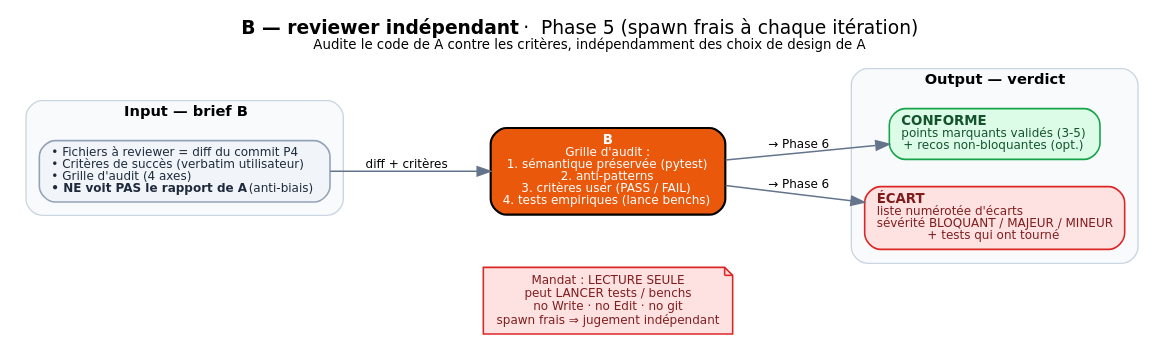
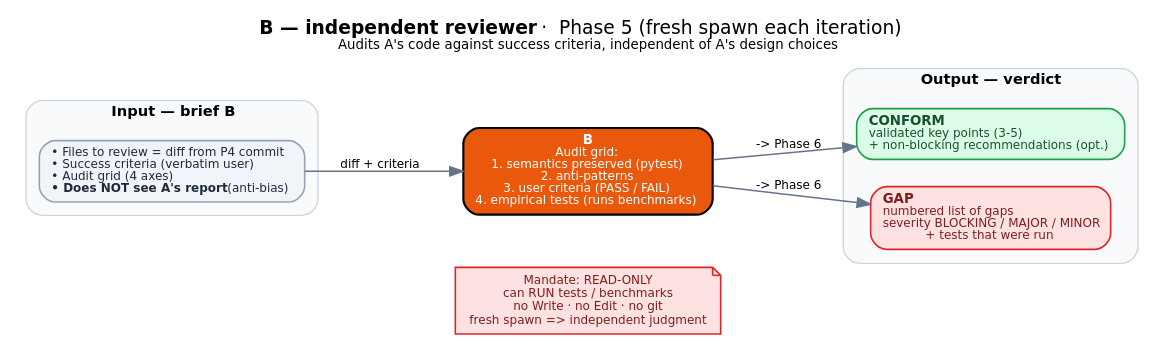
One commit to varma61923/commontrace-v2 changed the diagram in assets/agent_b.dot. Above: the diagram before and after it, drawn with Graphviz. The commit also changed 34 other files, not shown here.

```diff
--- a/assets/agent_b.dot
+++ b/assets/agent_b.dot
@@ -1,38 +1,38 @@
 digraph agent_b {
   rankdir=LR;
   bgcolor="white";
   fontname="DejaVu Sans";
   labelloc="t";
   fontsize=14;
-  label=<<b>B — reviewer indépendant</b>  ·  Phase 5 (spawn frais à chaque itération)<br/><font point-size="10">Audite le code de A contre les critères, indépendamment des choix de design de A</font>>;
+  label=<<b>B — independent reviewer</b>  ·  Phase 5 (fresh spawn each iteration)<br/><font point-size="10">Audits A's code against success criteria, independent of A's design choices</font>>;
   nodesep=0.28;
   ranksep=0.7;
 
   node [fontname="DejaVu Sans", fontsize=10, shape=box, style="rounded,filled", penwidth=1.2, margin="0.12,0.07"];
   edge [fontname="DejaVu Sans", fontsize=9, color="#64748b", penwidth=1.1];
 
   subgraph cluster_in {
     label=<<b>Input — brief B</b>>; fontsize=11; style="rounded"; color="#cbd5e1"; bgcolor="#f8fafc"; margin=10;
     node [fillcolor="#f1f5f9", color="#94a3b8", fontcolor="#1e293b"];
-    in_brief [label=<<font point-size="9">• Fichiers à reviewer = diff du commit P4<br align="left"/>• Critères de succès (verbatim utilisateur)<br align="left"/>• Grille d'audit (4 axes)<br align="left"/><b>• NE voit PAS le rapport de A</b> (anti-biais)</font>>];
+    in_brief [label=<<font point-size="9">• Files to review = diff from P4 commit<br align="left"/>• Success criteria (verbatim user)<br align="left"/>• Audit grid (4 axes)<br align="left"/><b>• Does NOT see A's report</b> (anti-bias)</font>>];
   }
 
-  b [label=<<b>B</b><br/><font point-size="9">Grille d'audit :<br/>1. sémantique préservée (pytest)<br/>2. anti-patterns<br/>3. critères user (PASS / FAIL)<br/>4. tests empiriques (lance benchs)</font>>,
+  b [label=<<b>B</b><br/><font point-size="9">Audit grid:<br/>1. semantics preserved (pytest)<br/>2. anti-patterns<br/>3. user criteria (PASS / FAIL)<br/>4. empirical tests (runs benchmarks)</font>>,
      fillcolor="#ea580c", fontcolor="white", penwidth=1.6];
 
-  mandate [label="Mandat : LECTURE SEULE\npeut LANCER tests / benchs\nno Write · no Edit · no git\nspawn frais ⇒ jugement indépendant",
+  mandate [label="Mandate: READ-ONLY\ncan RUN tests / benchmarks\nno Write · no Edit · no git\nfresh spawn => independent judgment",
            shape=note, fillcolor="#fee2e2", color="#dc2626", fontcolor="#7f1d1d", fontsize=9];
 
   subgraph cluster_out {
     label=<<b>Output — verdict</b>>; fontsize=11; style="rounded"; color="#cbd5e1"; bgcolor="#f8fafc"; margin=10;
     node [fillcolor="#ffedd5", color="#ea580c", fontcolor="#7c2d12"];
-    out_ok  [label=<<b>CONFORME</b><br align="left"/><font point-size="9">points marquants validés (3-5)<br align="left"/>+ recos non-bloquantes (opt.)</font>>, fillcolor="#dcfce7", color="#16a34a", fontcolor="#14532d"];
-    out_ko  [label=<<b>ÉCART</b><br align="left"/><font point-size="9">liste numérotée d'écarts<br align="left"/>sévérité BLOQUANT / MAJEUR / MINEUR<br align="left"/>+ tests qui ont tourné</font>>, fillcolor="#fee2e2", color="#dc2626", fontcolor="#7f1d1d"];
+    out_ok  [label=<<b>CONFORM</b><br align="left"/><font point-size="9">validated key points (3-5)<br align="left"/>+ non-blocking recommendations (opt.)</font>>, fillcolor="#dcfce7", color="#16a34a", fontcolor="#14532d"];
+    out_ko  [label=<<b>GAP</b><br align="left"/><font point-size="9">numbered list of gaps<br align="left"/>severity BLOCKING / MAJOR / MINOR<br align="left"/>+ tests that were run</font>>, fillcolor="#fee2e2", color="#dc2626", fontcolor="#7f1d1d"];
   }
 
-  in_brief -> b [label=" diff + critères"];
-  b -> out_ok [label=" → Phase 6"];
-  b -> out_ko [label=" → Phase 6"];
+  in_brief -> b [label=" diff + criteria"];
+  b -> out_ok [label=" -> Phase 6"];
+  b -> out_ko [label=" -> Phase 6"];
   b -> mandate [style=invis];
   { rank=same; b; mandate; }
 }
```
